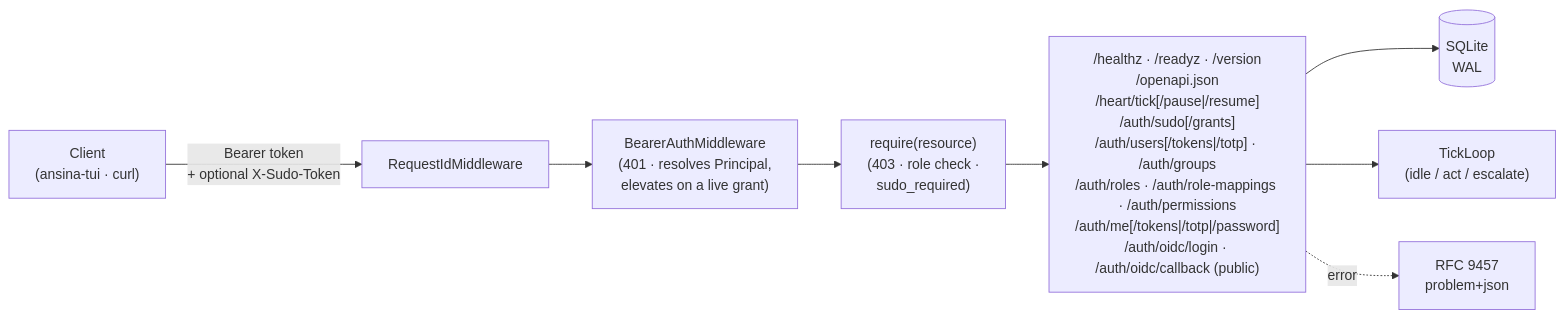
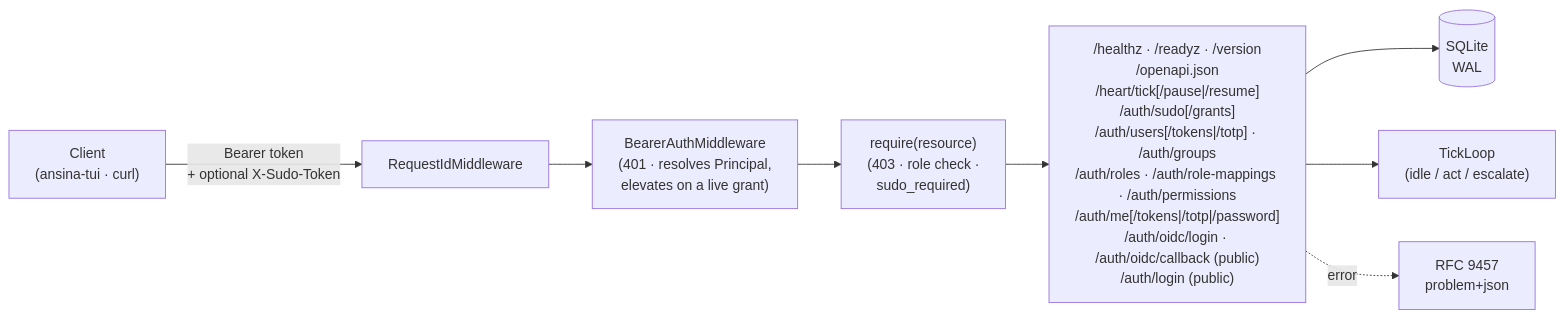
The first of 2 diagrams in README.md (giacchetta/ansina), drawn with Mermaid before and after one commit. The commit also changed other lines of this file and 15 other files, not shown here.

Commit message:
feat: POST /auth/login: password to bounded-lifetime API token

````diff
--- a/README.md
+++ b/README.md
@@ -9,10 +9,10 @@
 ```mermaid
 flowchart LR
     Client["Client<br/>(ansina-tui · curl)"] -->|Bearer token<br/>+ optional X-Sudo-Token| MW["RequestIdMiddleware"]
     MW --> Auth["BearerAuthMiddleware<br/>(401 · resolves Principal,<br/>elevates on a live grant)"]
     Auth --> Authz["require(resource)<br/>(403 · role check ·<br/>sudo_required)"]
-    Authz --> Routes["/healthz · /readyz · /version<br/>/openapi.json<br/>/heart/tick[/pause|/resume]<br/>/auth/sudo[/grants]<br/>/auth/users[/tokens|/totp] · /auth/groups<br/>/auth/roles · /auth/role-mappings · /auth/permissions<br/>/auth/me[/tokens|/totp|/password]<br/>/auth/oidc/login · /auth/oidc/callback (public)"]
+    Authz --> Routes["/healthz · /readyz · /version<br/>/openapi.json<br/>/heart/tick[/pause|/resume]<br/>/auth/sudo[/grants]<br/>/auth/users[/tokens|/totp] · /auth/groups<br/>/auth/roles · /auth/role-mappings · /auth/permissions<br/>/auth/me[/tokens|/totp|/password]<br/>/auth/oidc/login · /auth/oidc/callback (public)<br/>/auth/login (public)"]
     Routes --> DB[("SQLite<br/>WAL")]
     Routes --> Tick["TickLoop<br/>(idle / act / escalate)"]
     Routes -.error.-> Problem["RFC 9457<br/>problem+json"]
 ```
````
